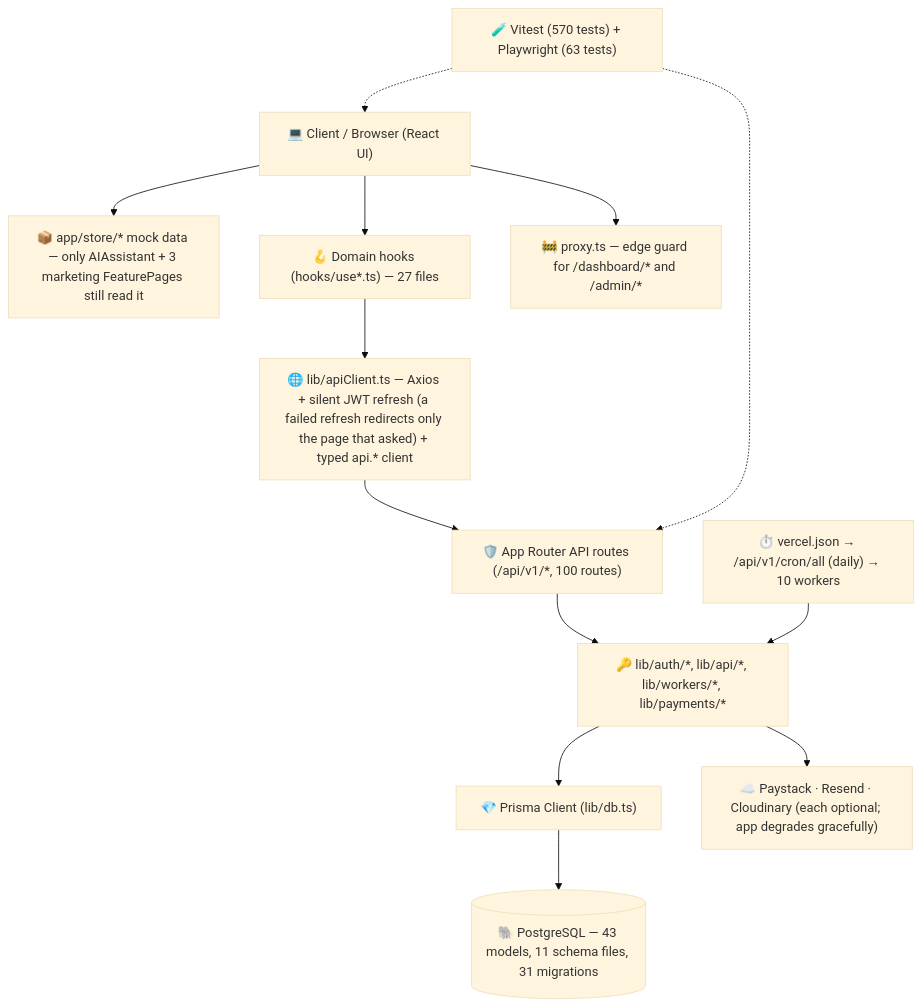
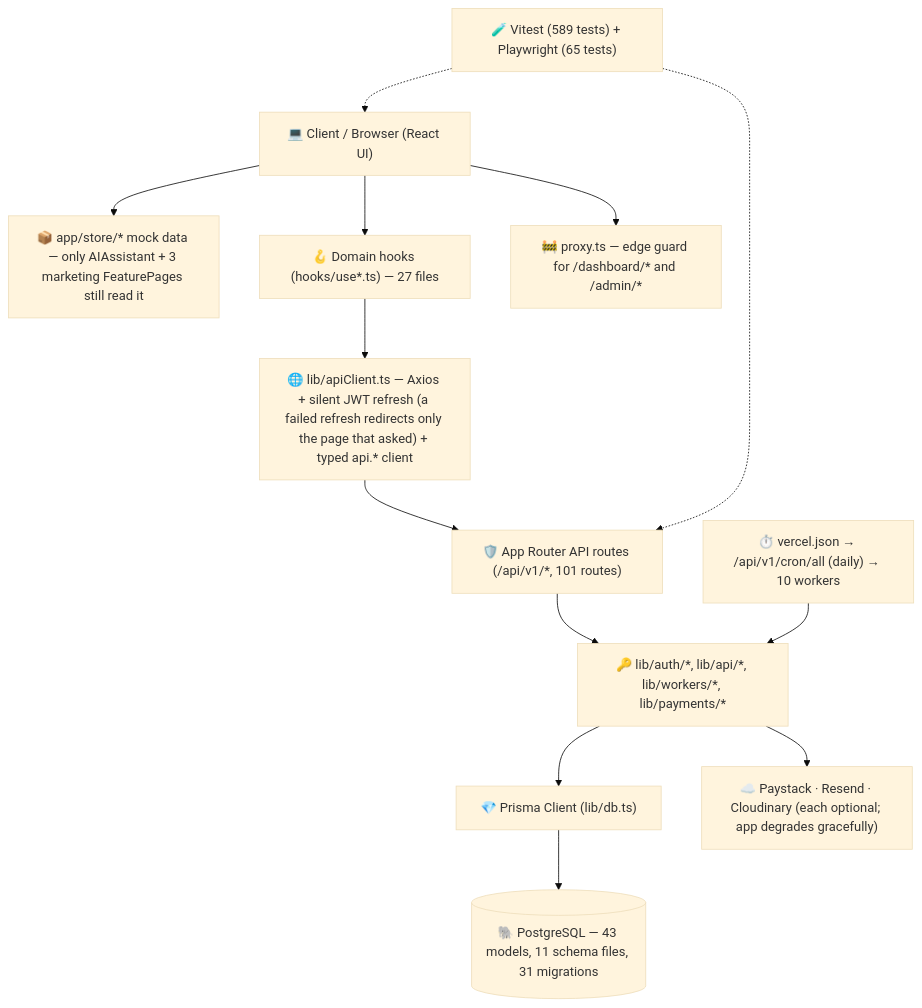
The diagram in PROJECT_STRUCTURE.md (Proplity/proplity), drawn with Mermaid (base theme) before and after one commit. The commit also changed other lines of this file and 23 other files, not shown here.

````diff
--- a/PROJECT_STRUCTURE.md
+++ b/PROJECT_STRUCTURE.md
@@ -11,28 +11,28 @@
 ```mermaid
 graph TD
     Client["💻 Client / Browser (React UI)"]
     Store["📦 app/store/* mock data — only AIAssistant + 3 marketing FeaturePages still read it"]
     Hooks["🪝 Domain hooks (hooks/use*.ts) — 27 files"]
     ApiClient["🌐 lib/apiClient.ts — Axios + silent JWT refresh (a failed refresh redirects only the page that asked) + typed api.* client"]
     Proxy["🚧 proxy.ts — edge guard for /dashboard/* and /admin/*"]
-    NextApi["🛡️ App Router API routes (/api/v1/*, 100 routes)"]
+    NextApi["🛡️ App Router API routes (/api/v1/*, 101 routes)"]
     LibCore["🔑 lib/auth/*, lib/api/*, lib/workers/*, lib/payments/*"]
     PrismaClient["💎 Prisma Client (lib/db.ts)"]
     Postgres[("🐘 PostgreSQL — 43 models, 11 schema files, 31 migrations")]
     Cron["⏱️ vercel.json → /api/v1/cron/all (daily) → 10 workers"]
     Ext["☁️ Paystack · Resend · Cloudinary (each optional; app degrades gracefully)"]
-    Tests["🧪 Vitest (570 tests) + Playwright (63 tests)"]
+    Tests["🧪 Vitest (589 tests) + Playwright (65 tests)"]
 
     Client --> Store
     Client --> Proxy
     Client --> Hooks
     Hooks --> ApiClient
     ApiClient --> NextApi
     NextApi --> LibCore
     LibCore --> PrismaClient
     LibCore --> Ext
     Cron --> LibCore
     PrismaClient --> Postgres
     Tests -.-> NextApi
     Tests -.-> Client
 ```
````
